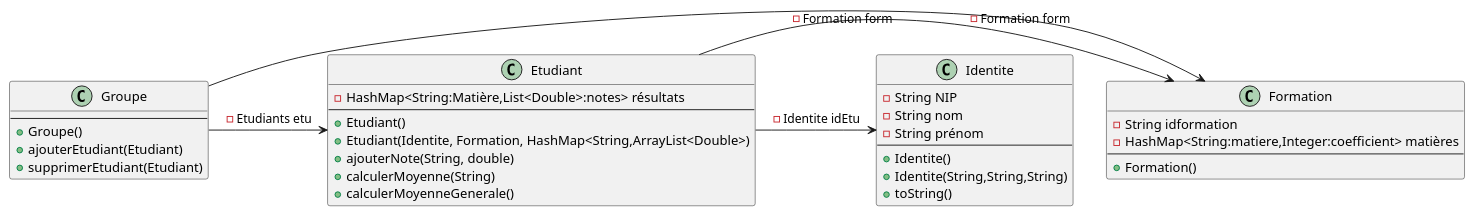
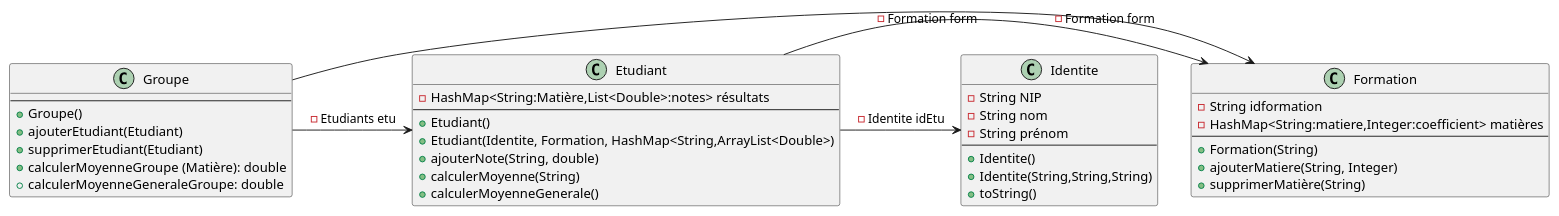
Before and after one commit to Egario54/TD2Exercice3_COLLIN_JACQUOT: the diagram in DiagrammeUML/Diagramme_classe.puml, drawn with PlantUML. The commit also changed 1 other file, not shown here.

```diff
--- a/DiagrammeUML/Diagramme_classe.puml
+++ b/DiagrammeUML/Diagramme_classe.puml
@@ -1,41 +1,49 @@
 @startuml
 'https://plantuml.com/class-diagram
 
 class Identite{
 -String NIP
 -String nom
 -String prénom
 ---
 +Identite()
 +Identite(String,String,String)
 +toString()
 }
+
 class Etudiant{
 -HashMap<String:Matière,List<Double>:notes> résultats
 ---
 +Etudiant()
 +Etudiant(Identite, Formation, HashMap<String,ArrayList<Double>)
 +ajouterNote(String, double)
 +calculerMoyenne(String)
 +calculerMoyenneGenerale()
 }
+
 class Formation{
   -String idformation
   -HashMap<String:matiere,Integer:coefficient> matières
   ---
-  +Formation()
+  +Formation(String)
+  +ajouterMatiere(String, Integer)
+  +supprimerMatière(String)
 }
+
 class Groupe{
 ---
 +Groupe()
 +ajouterEtudiant(Etudiant)
 +supprimerEtudiant(Etudiant)
++calculerMoyenneGroupe (Matière): double
++calculerMoyenneGeneraleGroupe: double
 }
+
 Groupe -> Etudiant : -Etudiants etu
 Groupe -> Formation : -Formation form
 Etudiant -> Identite : -Identite idEtu
 Etudiant -> Formation : -Formation form
 
 
 
 @enduml
```
